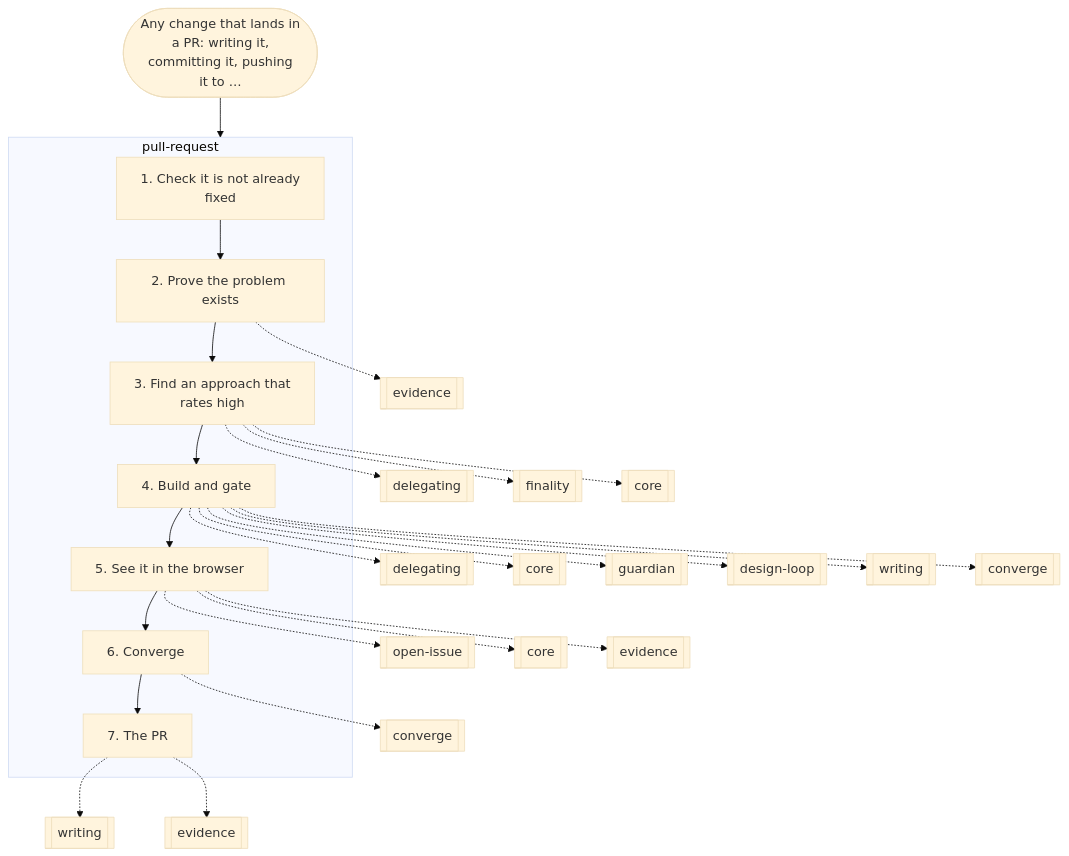
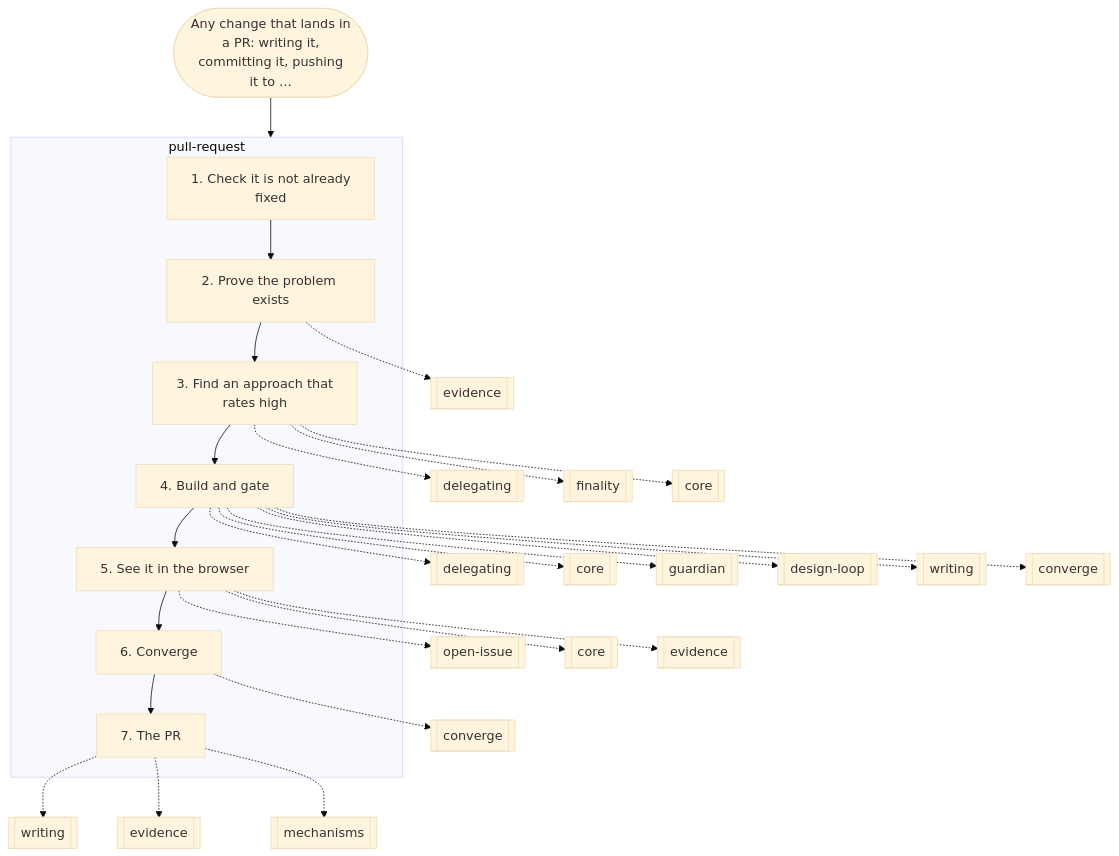
One commit to nitedani/mergeworthy changed the seventh of 17 diagrams in docs/graphs.md. Above: the diagram before and after it, drawn with Mermaid (base theme). The commit also changed other lines of this file and 6 other files, not shown here.

````diff
--- a/docs/graphs.md
+++ b/docs/graphs.md
@@ -212,36 +212,37 @@
 ```mermaid
 flowchart TB
   start(["Any change that lands in<br/>a PR: writing it,<br/>committing it, pushing<br/>it to …"])
   subgraph g0["pull-request"]
     s0["1. Check it is not already<br/>fixed"]
     s1["2. Prove the problem exists"]
     s0 --> s1
     s2["3. Find an approach that<br/>rates high"]
     s1 --> s2
     s3["4. Build and gate"]
     s2 --> s3
     s4["5. See it in the browser"]
     s3 --> s4
     s5["6. Converge"]
     s4 --> s5
     s6["7. The PR"]
     s5 --> s6
   end
   s1 -.-> r1[["evidence"]]
   s2 -.-> r2[["delegating"]]
   s2 -.-> r3[["finality"]]
   s2 -.-> r4[["core"]]
   s3 -.-> r5[["delegating"]]
   s3 -.-> r6[["core"]]
   s3 -.-> r7[["guardian"]]
   s3 -.-> r8[["design-loop"]]
   s3 -.-> r9[["writing"]]
   s3 -.-> r10[["converge"]]
   s4 -.-> r11[["open-issue"]]
   s4 -.-> r12[["core"]]
   s4 -.-> r13[["evidence"]]
   s5 -.-> r14[["converge"]]
   s6 -.-> r15[["writing"]]
   s6 -.-> r16[["evidence"]]
+  s6 -.-> r17[["mechanisms"]]
   start --> g0
 ```
````
